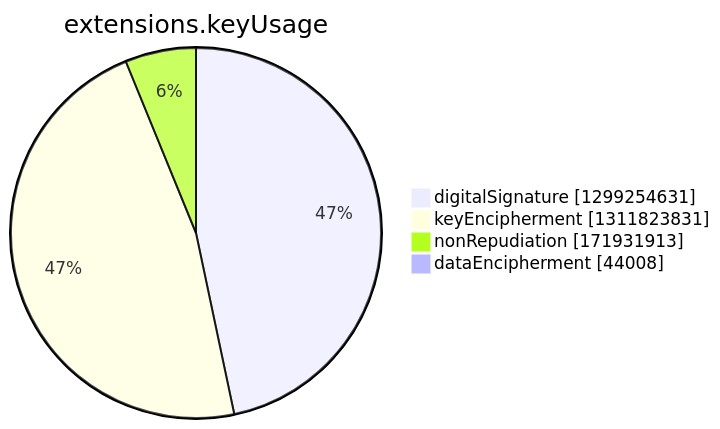
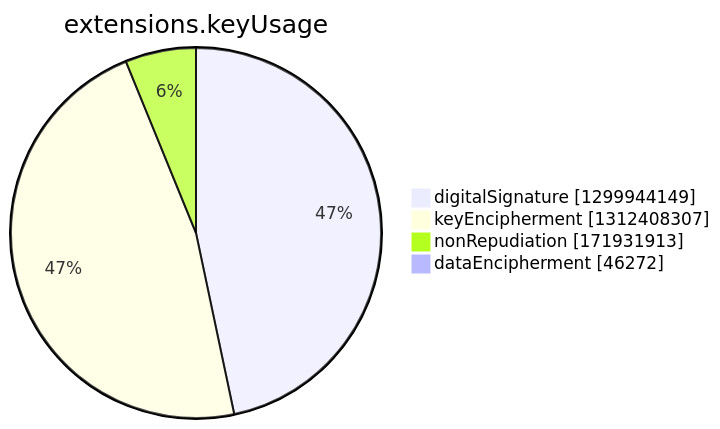
Before and after one commit to christiankrug/ctmonitor_visualization: the seventh of 15 diagrams in argon2022/README.md, drawn with Mermaid. The commit also changed other lines of this file, not shown here.

````diff
--- a/argon2022/README.md
+++ b/argon2022/README.md
@@ -2749,8 +2749,8 @@
 ```mermaid
 pie showData
 title extensions.keyUsage
-"digitalSignature" :1299254631
-"keyEncipherment" :1311823831
+"digitalSignature" :1299944149
+"keyEncipherment" :1312408307
 "nonRepudiation" :171931913
-"dataEncipherment" :44008
+"dataEncipherment" :46272
 ```
````
